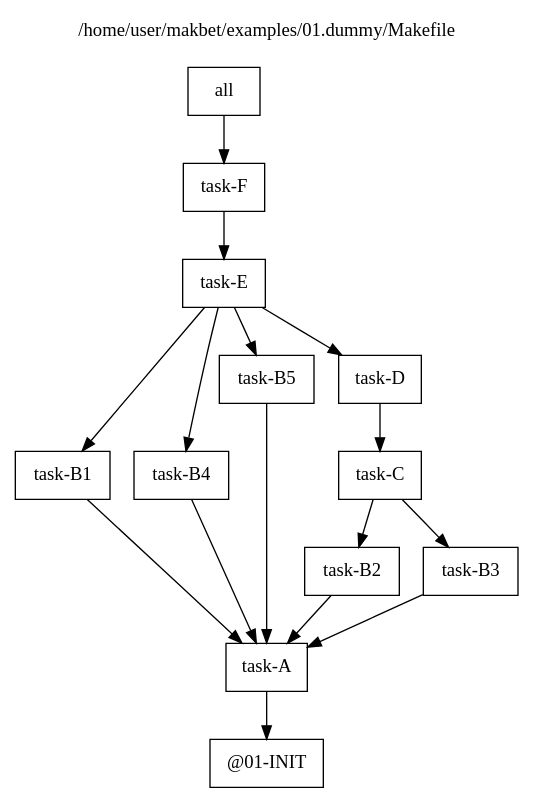
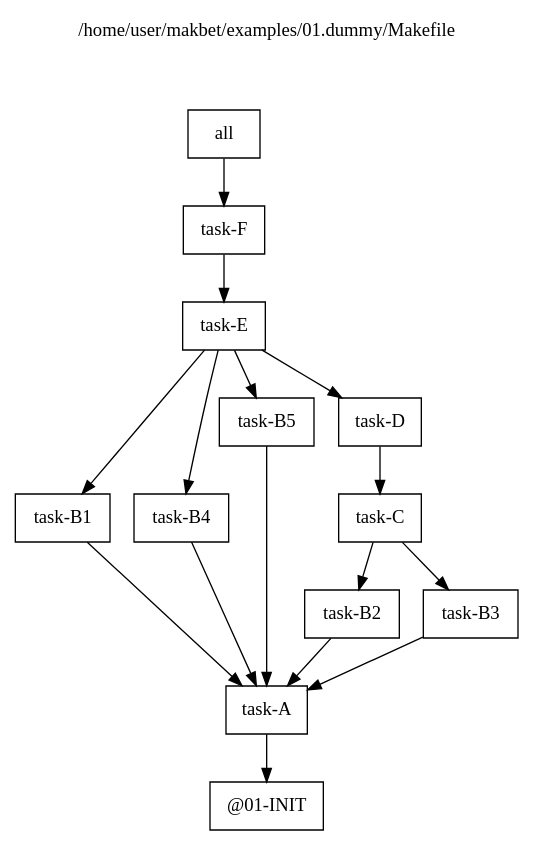
One commit to skaluzka/makbet changed the diagram in docs/examples/01.dummy/results.dot. Above: the diagram before and after it, drawn with Graphviz. The commit also changed 11 other files, not shown here.

Commit message:
[DEV] Add two empty lines to DOT graph title

```diff
--- a/docs/examples/01.dummy/results.dot
+++ b/docs/examples/01.dummy/results.dot
@@ -1,45 +1,45 @@
 digraph {
 
 // This file has been generated by makbet heads/master-0-g88262d1
 // Generation date: Wed 19 Aug 2020 01:21:07 AM CEST
 // Input: /home/user/makbet/examples/01.dummy/Makefile
 
 // Graph title.
 labelloc="t";
-label="/home/user/makbet/examples/01.dummy/Makefile\n\n"
+label="/home/user/makbet/examples/01.dummy/Makefile\n\n\n\n"
 
 // Node options.
 node [shape=box];
 
 "all" -> "task-F";
 
 "@01-INIT";
 
 "task-A" -> "@01-INIT";
 
 "task-B1" -> "task-A";
 
 "task-B2" -> "task-A";
 
 "task-B3" -> "task-A";
 
 "task-B4" -> "task-A";
 
 "task-B5" -> "task-A";
 
 "task-C" -> "task-B2";
 "task-C" -> "task-B3";
 
 "task-D" -> "task-C";
 
 "task-E" -> "task-B1";
 "task-E" -> "task-B4";
 "task-E" -> "task-B5";
 "task-E" -> "task-D";
 
 "task-F" -> "task-E";
 
 }
 
 
 // End of file
```
